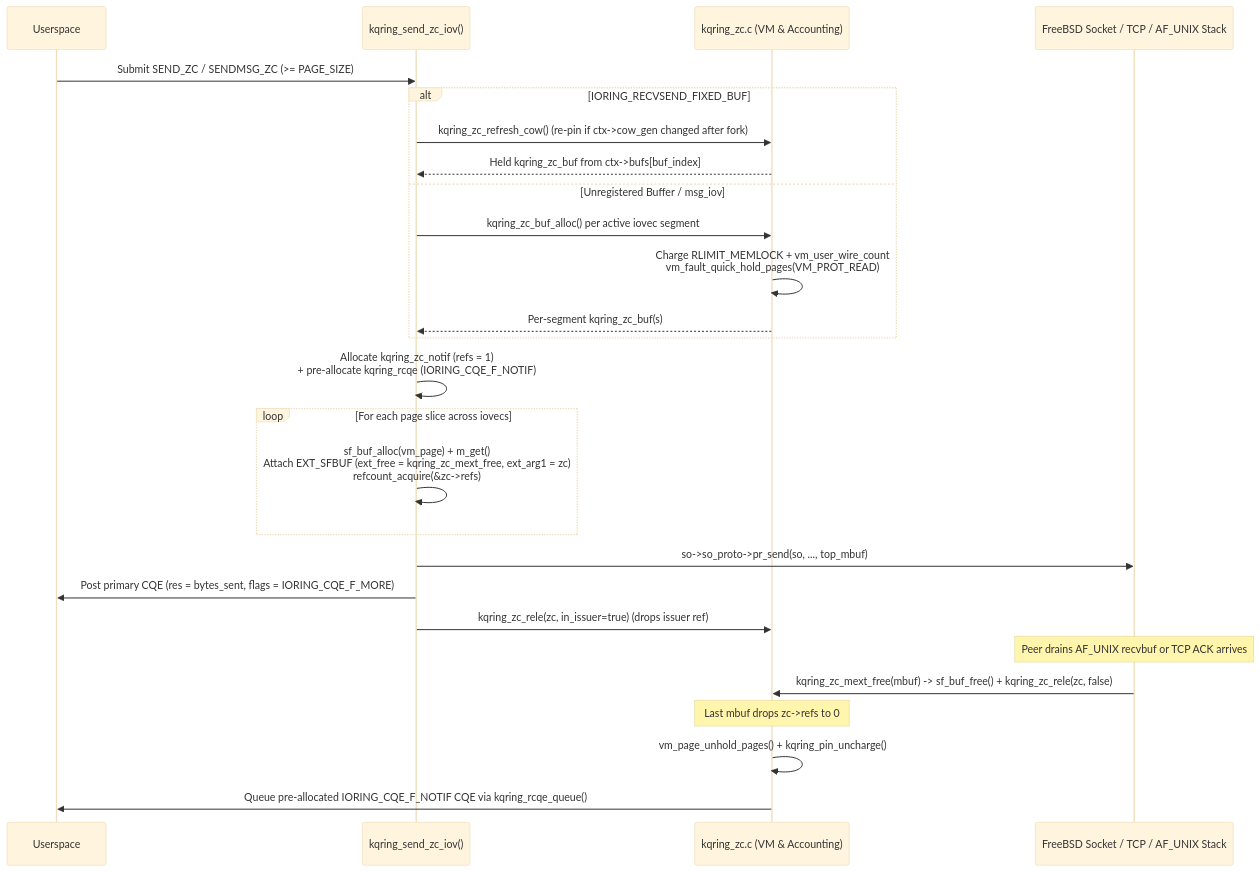
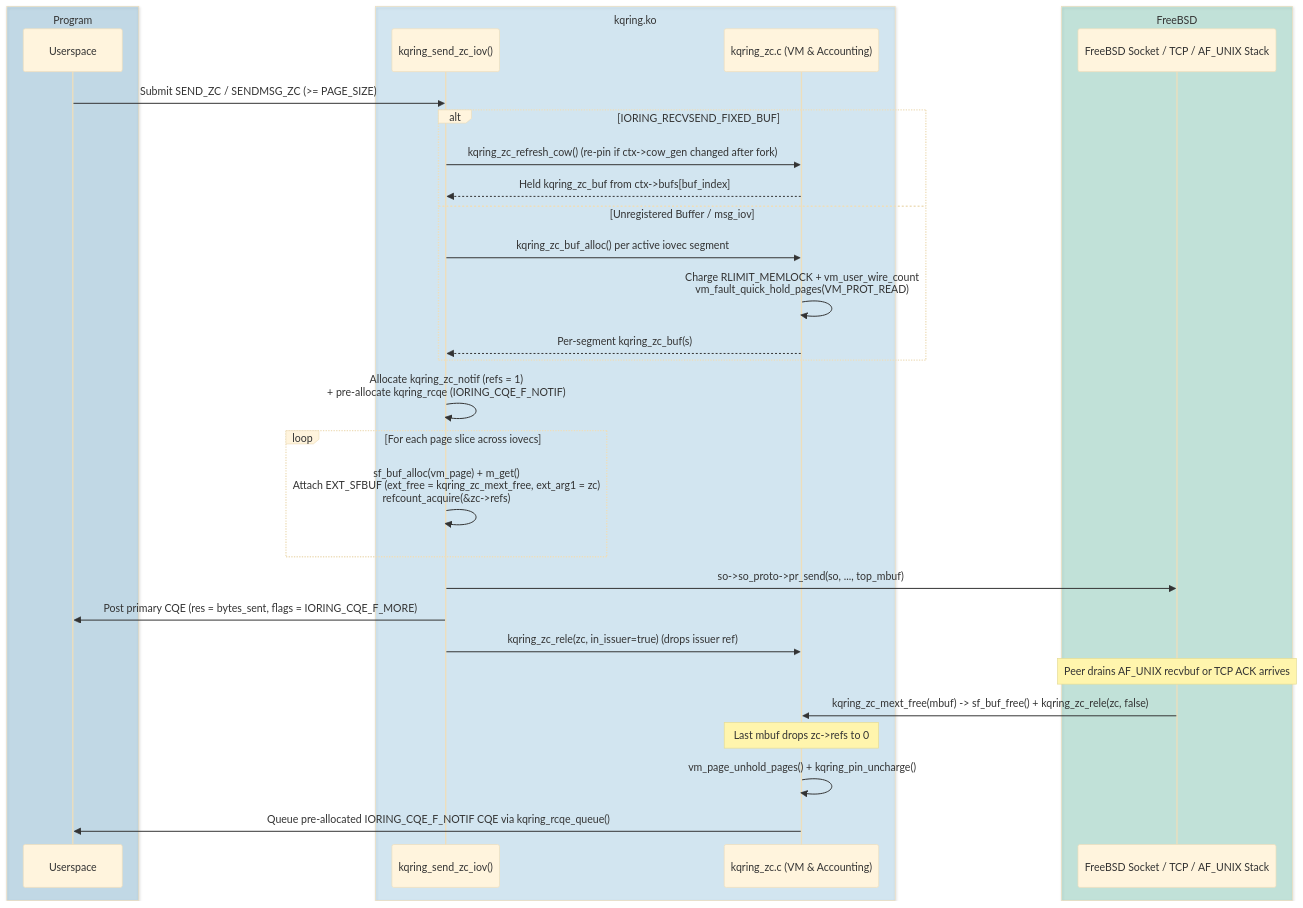
One commit to grepjava/kqring changed the eighth of 15 diagrams in ARCHITECTURE.MD. Above: the diagram before and after it, drawn with Mermaid (base theme). The commit also changed other lines of this file and 1 other file, not shown here.

First line of the commit message:
Docs: color the diagrams by role

````diff
--- a/ARCHITECTURE.MD
+++ b/ARCHITECTURE.MD
@@ -353,31 +419,37 @@
 ```mermaid
 sequenceDiagram
-    participant App as Userspace
-    participant Sock as kqring_send_zc_iov()
-    participant ZC as kqring_zc.c (VM & Accounting)
-    participant Net as FreeBSD Socket / TCP / AF_UNIX Stack
+    box rgba(0,114,178,0.2) Program
+        participant App as Userspace
+    end
+    box rgba(86,180,233,0.2) kqring.ko
+        participant Sock as kqring_send_zc_iov()
+        participant ZC as kqring_zc.c (VM & Accounting)
+    end
+    box rgba(0,158,115,0.2) FreeBSD
+        participant Net as FreeBSD Socket / TCP / AF_UNIX Stack
+    end
 
     App->>Sock: Submit SEND_ZC / SENDMSG_ZC (>= PAGE_SIZE)
     alt IORING_RECVSEND_FIXED_BUF
         Sock->>ZC: kqring_zc_refresh_cow() (re-pin if ctx->cow_gen changed after fork)
         ZC-->>Sock: Held kqring_zc_buf from ctx->bufs[buf_index]
     else Unregistered Buffer / msg_iov
         Sock->>ZC: kqring_zc_buf_alloc() per active iovec segment
         ZC->>ZC: Charge RLIMIT_MEMLOCK + vm_user_wire_count<br/>vm_fault_quick_hold_pages(VM_PROT_READ)
         ZC-->>Sock: Per-segment kqring_zc_buf(s)
     end
 
     Sock->>Sock: Allocate kqring_zc_notif (refs = 1)<br/>+ pre-allocate kqring_rcqe (IORING_CQE_F_NOTIF)
     loop For each page slice across iovecs
         Sock->>Sock: sf_buf_alloc(vm_page) + m_get()<br/>Attach EXT_SFBUF (ext_free = kqring_zc_mext_free, ext_arg1 = zc)<br/>refcount_acquire(&zc->refs)
     end
     Sock->>Net: so->so_proto->pr_send(so, ..., top_mbuf)
     Sock->>App: Post primary CQE (res = bytes_sent, flags = IORING_CQE_F_MORE)
     Sock->>ZC: kqring_zc_rele(zc, in_issuer=true) (drops issuer ref)
 
     Note over Net: Peer drains AF_UNIX recvbuf or TCP ACK arrives
     Net->>ZC: kqring_zc_mext_free(mbuf) -> sf_buf_free() + kqring_zc_rele(zc, false)
     Note over ZC: Last mbuf drops zc->refs to 0
     ZC->>ZC: vm_page_unhold_pages() + kqring_pin_uncharge()
     ZC->>App: Queue pre-allocated IORING_CQE_F_NOTIF CQE via kqring_rcqe_queue()
 ```
````
